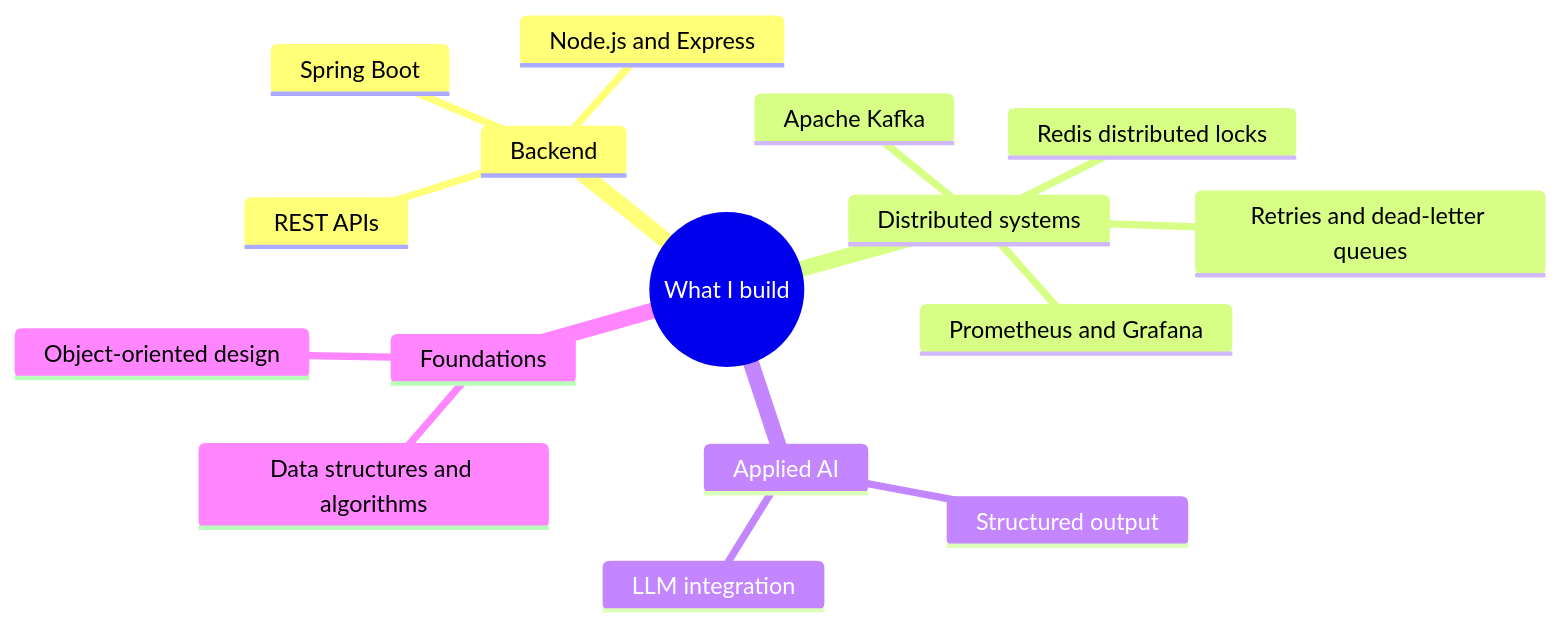
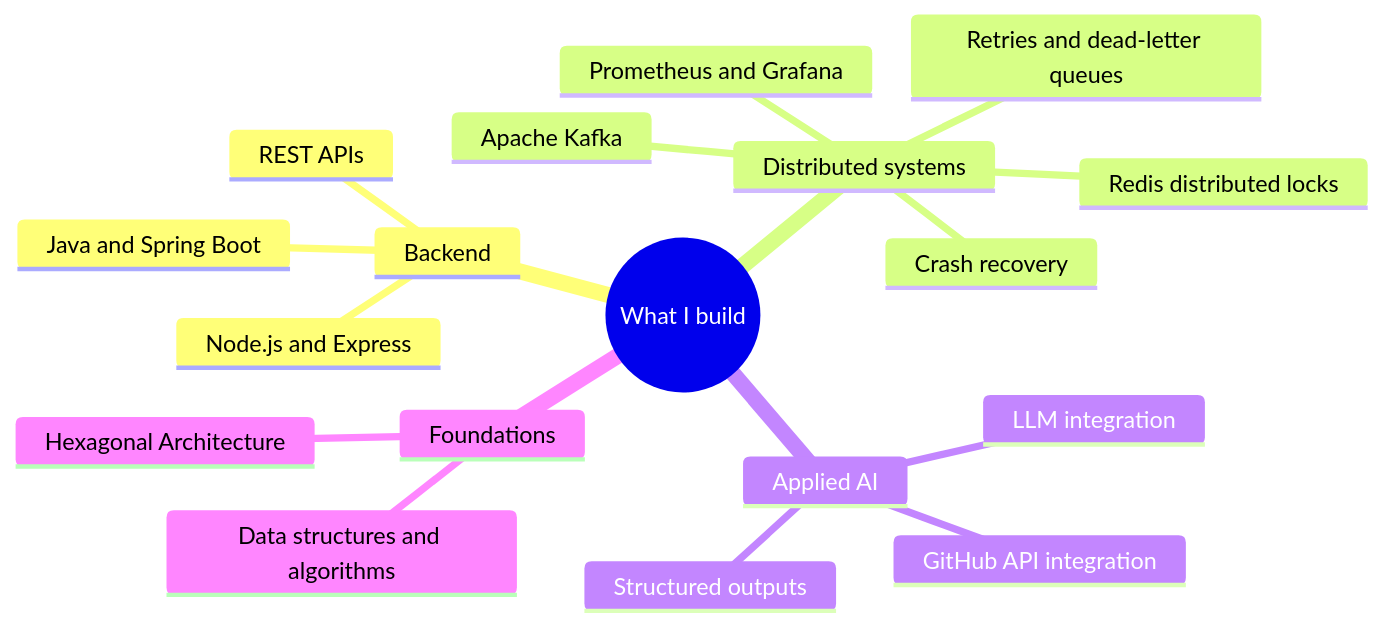
The diagram in README.md (PubuduGunasekara/PubuduGunasekara.github.io), drawn with Mermaid before and after one commit. The commit also changed other lines of this file, not shown here.

````diff
--- a/README.md
+++ b/README.md
@@ -27,19 +112,21 @@
 ```mermaid
 mindmap
   root((What I build))
     Backend
-      Spring Boot
+      Java and Spring Boot
       REST APIs
       Node.js and Express
     Distributed systems
       Apache Kafka
       Redis distributed locks
       Retries and dead-letter queues
+      Crash recovery
       Prometheus and Grafana
     Applied AI
       LLM integration
-      Structured output
+      Structured outputs
+      GitHub API integration
     Foundations
       Data structures and algorithms
-      Object-oriented design
+      Hexagonal Architecture
 ```
````
